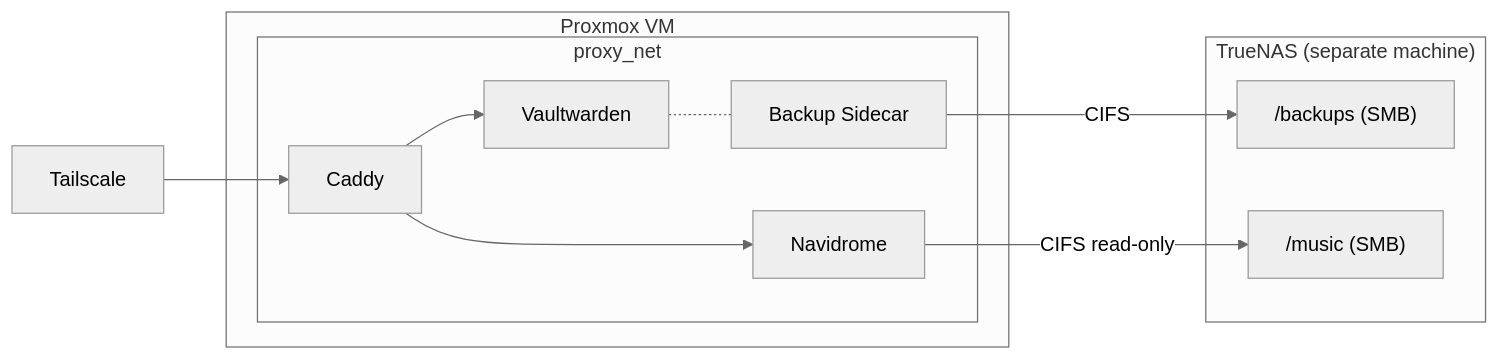
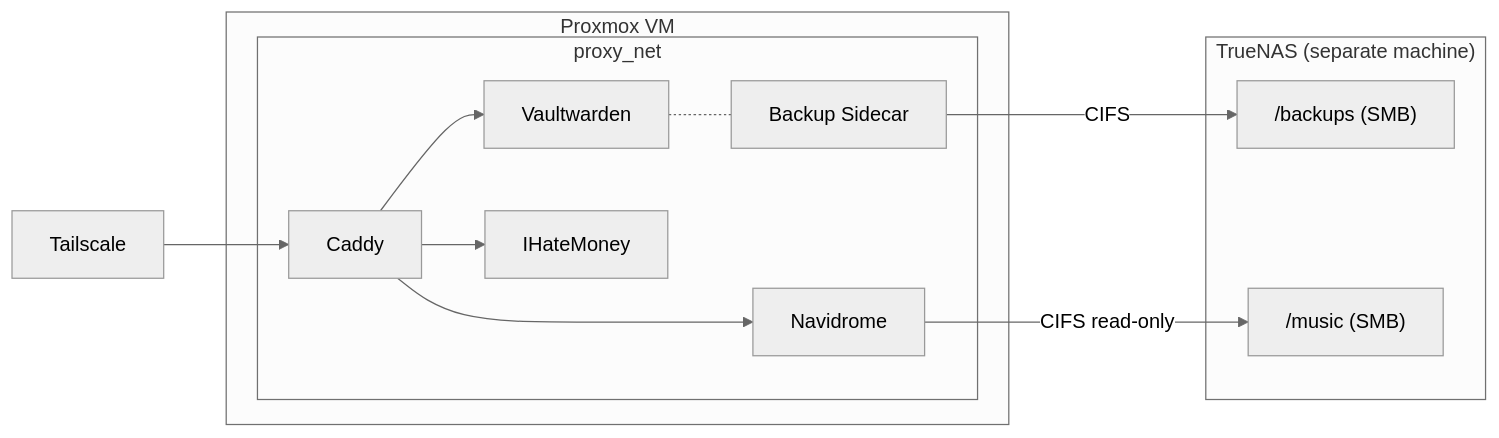
Before and after one commit to masolnada/homelab: the first of 2 diagrams in README.md, drawn with Mermaid (neutral theme). The commit also changed other lines of this file and 5 other files, not shown here.

````diff
--- a/README.md
+++ b/README.md
@@ -7,20 +7,21 @@
 ```mermaid
 graph LR
     TS[Tailscale] --> Caddy
 
     subgraph VM["Proxmox VM"]
         subgraph proxy_net
             Caddy --> Vaultwarden
             Caddy --> Navidrome
+            Caddy --> IHateMoney
             Vaultwarden -.- Backup[Backup Sidecar]
         end
     end
 
     subgraph NAS["TrueNAS (separate machine)"]
         backups["/backups (SMB)"]
         music["/music (SMB)"]
     end
 
     Backup -->|CIFS| backups
     Navidrome -->|CIFS read-only| music
 ```
````
